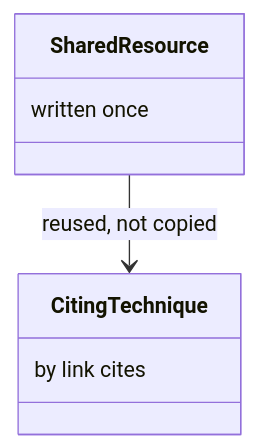
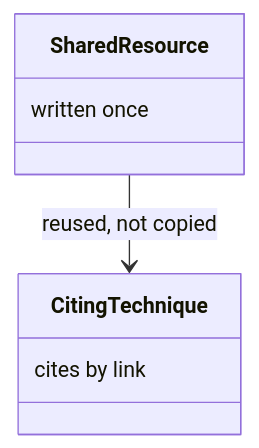
Before and after one commit to m2ux/workflow-server: the eighth of 8 diagrams in docs/resource.md, drawn with Mermaid. The commit also changed other lines of this file and 10 other files, not shown here.

Commit message:
Write each class-box note in reading order so the diagram shows the phrase as written.

````diff
--- a/docs/resource.md
+++ b/docs/resource.md
@@ -146,10 +146,10 @@
 ```mermaid
 classDiagram
   class SharedResource {
     written once
   }
   class CitingTechnique {
-    by link cites
+    cites by link
   }
   SharedResource --> CitingTechnique : reused, not copied
 ```
````
